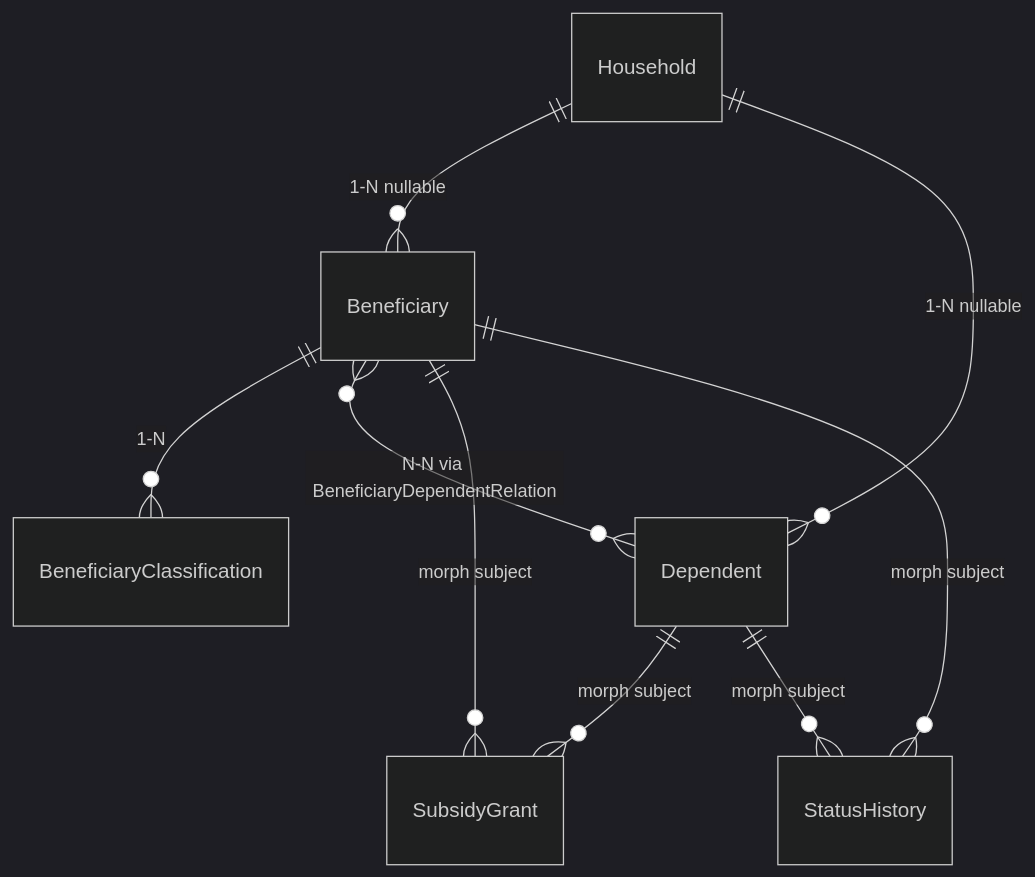
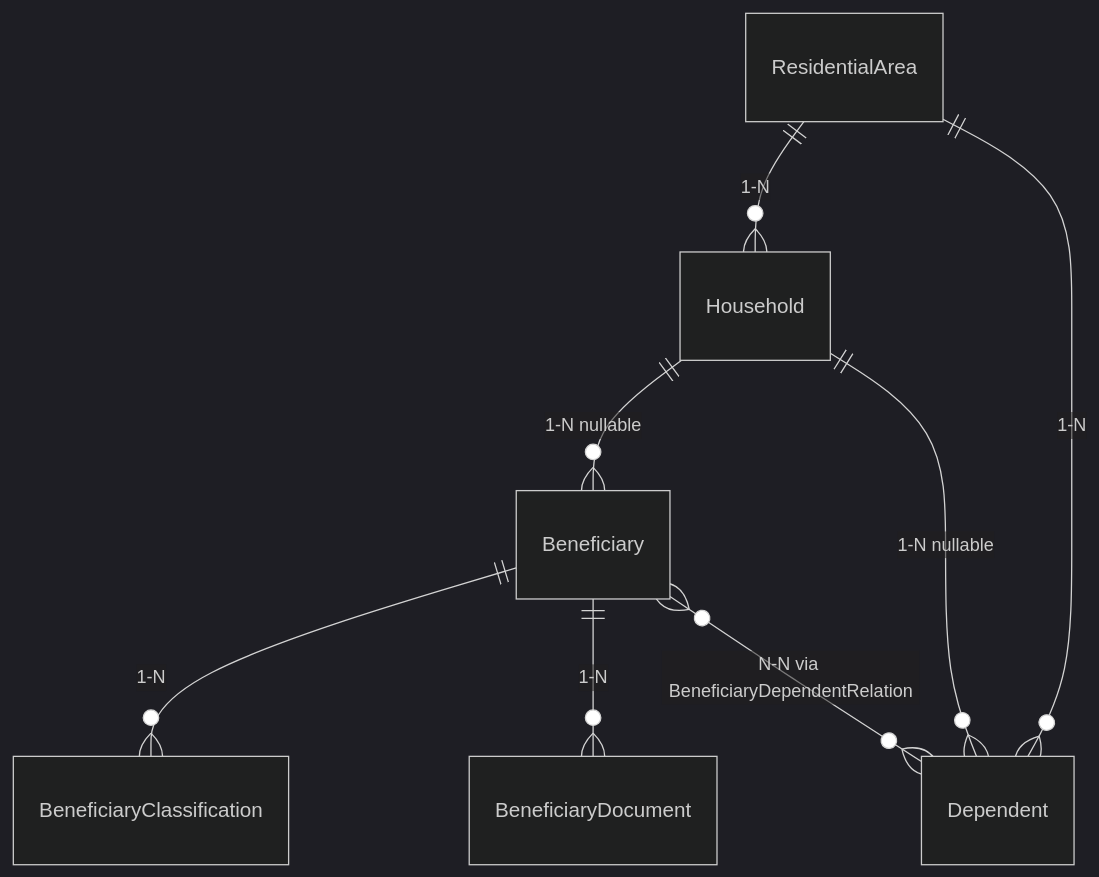
The diagram in docs/modules/Beneficiary/README.md (hongquant8a/core-be), drawn with Mermaid (dark theme) before and after one commit. The commit also changed other lines of this file and 127 other files, not shown here.

````diff
--- a/docs/modules/Beneficiary/README.md
+++ b/docs/modules/Beneficiary/README.md
@@ -56,11 +42,10 @@
 ```mermaid
 erDiagram
+    ResidentialArea ||--o{ Household : "1-N"
+    ResidentialArea ||--o{ Dependent : "1-N"
     Household ||--o{ Beneficiary : "1-N nullable"
     Household ||--o{ Dependent : "1-N nullable"
     Beneficiary ||--o{ BeneficiaryClassification : "1-N"
+    Beneficiary ||--o{ BeneficiaryDocument : "1-N"
     Beneficiary }o--o{ Dependent : "N-N via BeneficiaryDependentRelation"
-    Beneficiary ||--o{ SubsidyGrant : "morph subject"
-    Dependent ||--o{ SubsidyGrant : "morph subject"
-    Beneficiary ||--o{ StatusHistory : "morph subject"
-    Dependent ||--o{ StatusHistory : "morph subject"
 ```
````
